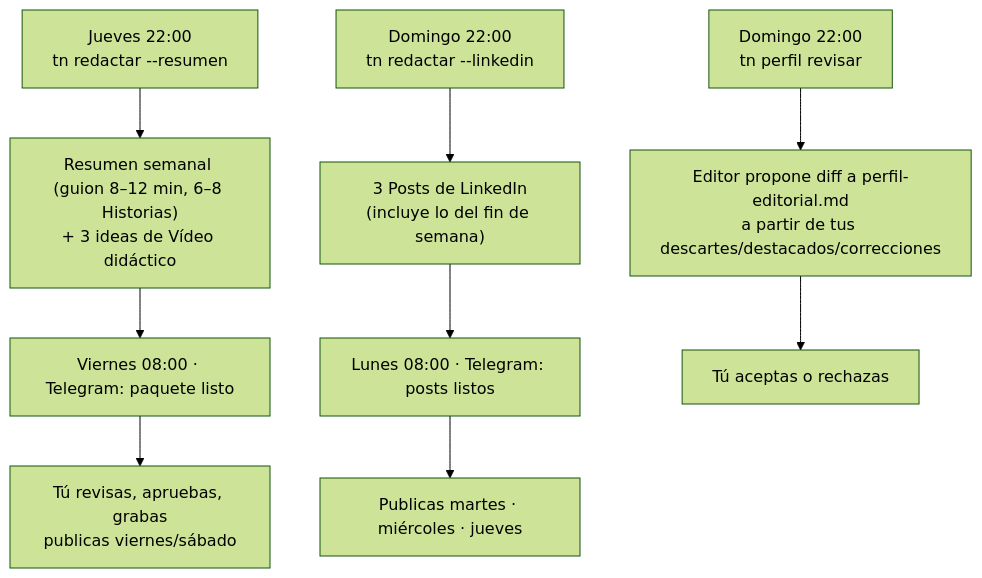
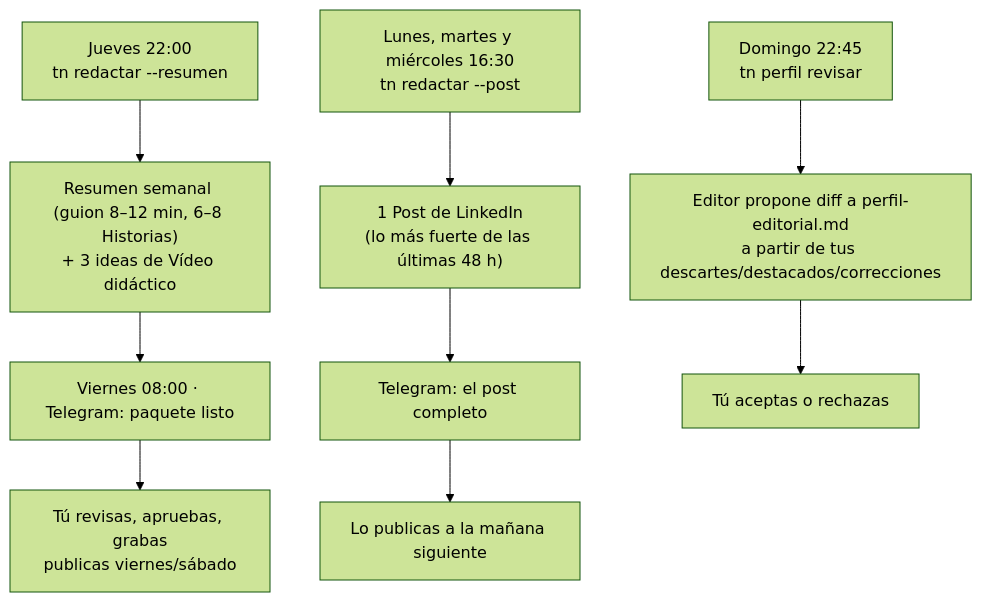
The third of 5 diagrams in docs/arnes.md (javierpiquerasmartinez/tech-news), drawn with Mermaid (forest theme) before and after one commit. The commit also changed other lines of this file and 8 other files, not shown here.

First line of the commit message:
LinkedIn: un post diario de lunes a miércoles en lugar de 3 el domingo

````diff
--- a/docs/arnes.md
+++ b/docs/arnes.md
@@ -100,11 +100,11 @@
 ```mermaid
 flowchart TD
   J["Jueves 22:00<br/>tn redactar --resumen"] --> RS["Resumen semanal (guion 8–12 min, 6–8 Historias)<br/>+ 3 ideas de Vídeo didáctico"]
   RS --> TV["Viernes 08:00 · Telegram: paquete listo"]
   TV --> GR["Tú revisas, apruebas, grabas<br/>publicas viernes/sábado"]
-  D["Domingo 22:00<br/>tn redactar --linkedin"] --> LI["3 Posts de LinkedIn<br/>(incluye lo del fin de semana)"]
-  LI --> TL["Lunes 08:00 · Telegram: posts listos"]
-  TL --> PU["Publicas martes · miércoles · jueves"]
-  D2["Domingo 22:00<br/>tn perfil revisar"] --> PE["Editor propone diff a perfil-editorial.md<br/>a partir de tus descartes/destacados/correcciones"]
+  P["Lunes, martes y miércoles 16:30<br/>tn redactar --post"] --> PO["1 Post de LinkedIn<br/>(lo más fuerte de las últimas 48 h)"]
+  PO --> TP["Telegram: el post completo"]
+  TP --> PU["Lo publicas a la mañana siguiente"]
+  D2["Domingo 22:45<br/>tn perfil revisar"] --> PE["Editor propone diff a perfil-editorial.md<br/>a partir de tus descartes/destacados/correcciones"]
   PE --> AC["Tú aceptas o rechazas"]
 ```
````
